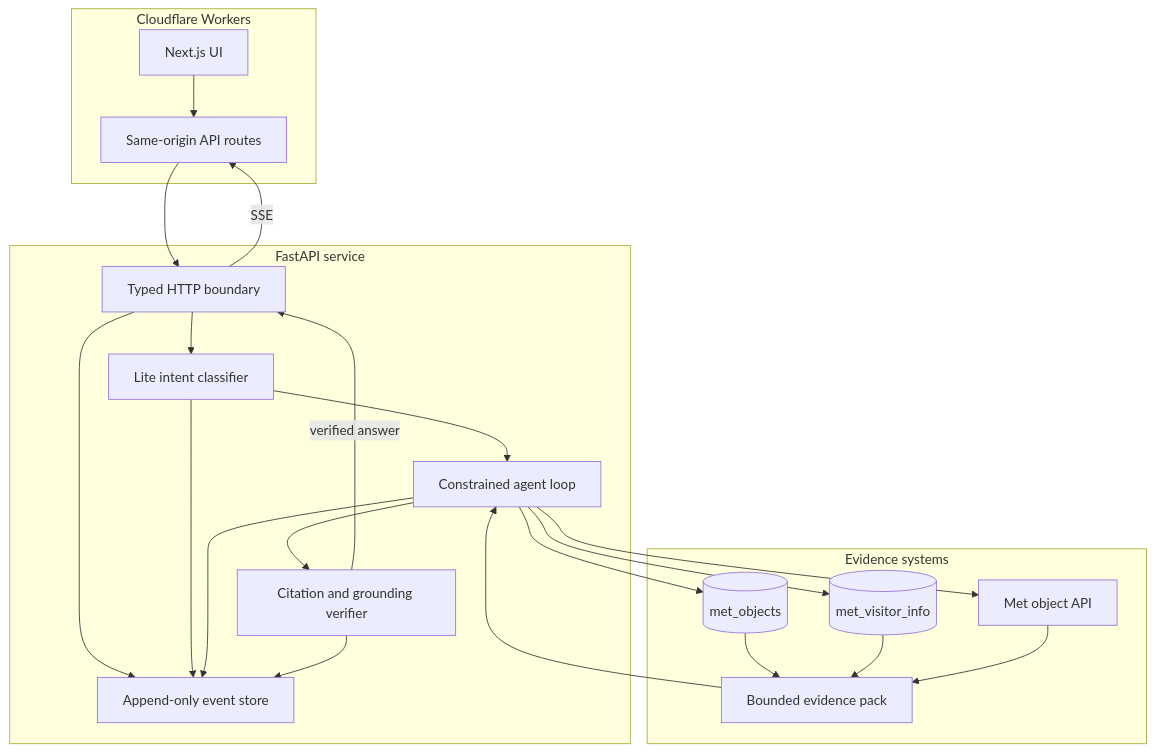
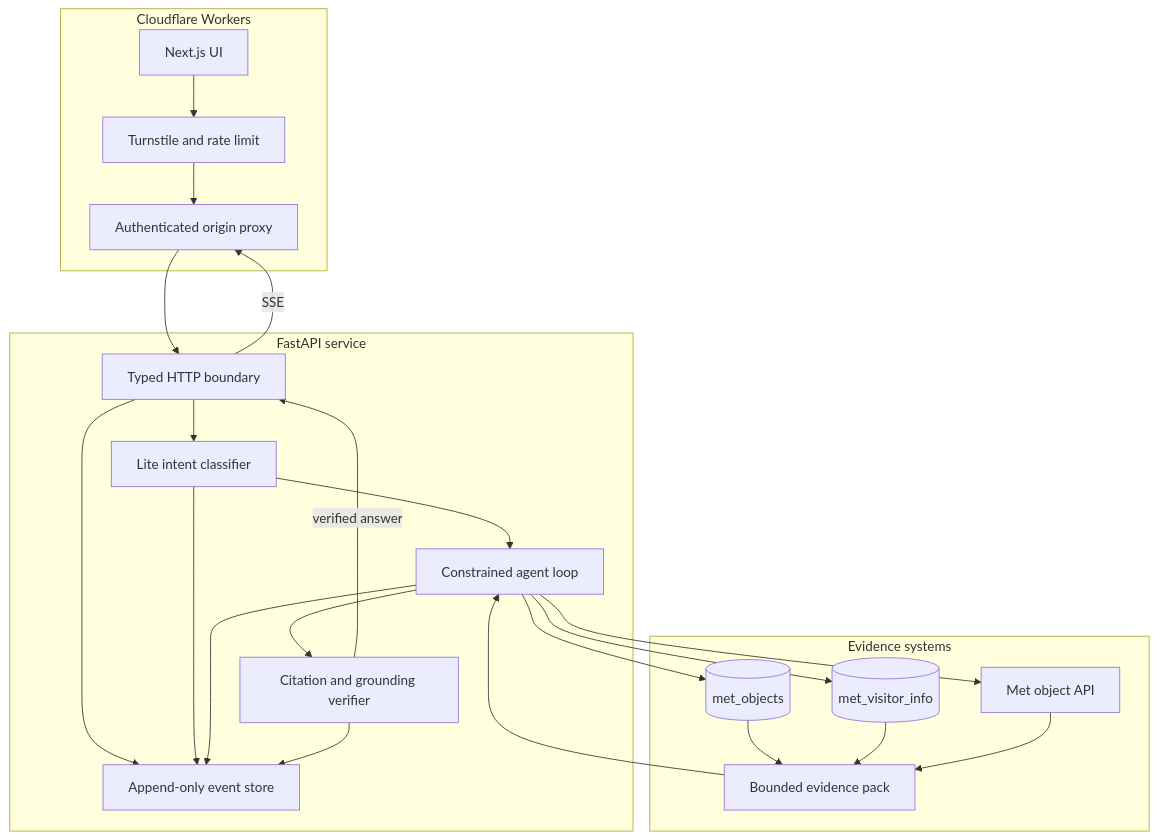
One commit to AjayKasu1/met-collection-agent changed the diagram in docs/architecture.md. Above: the diagram before and after it, drawn with Mermaid. The commit also changed other lines of this file and 5 other files, not shown here.

````diff
--- a/docs/architecture.md
+++ b/docs/architecture.md
@@ -7,38 +7,39 @@
 ```mermaid
 flowchart TB
     subgraph Edge[Cloudflare Workers]
         UI[Next.js UI]
-        Proxy[Same-origin API routes]
-        UI --> Proxy
+        Guard[Turnstile and rate limit]
+        Proxy[Authenticated origin proxy]
+        UI --> Guard --> Proxy
     end
 
     subgraph Service[FastAPI service]
         HTTP[Typed HTTP boundary]
         Intent[Lite intent classifier]
         Agent[Constrained agent loop]
         Verify[Citation and grounding verifier]
         Audit[Append-only event store]
         HTTP --> Intent --> Agent --> Verify
         HTTP --> Audit
         Intent --> Audit
         Agent --> Audit
         Verify --> Audit
     end
 
     subgraph Evidence[Evidence systems]
         Objects[(met_objects)]
         Visitors[(met_visitor_info)]
         Live[Met object API]
         Objects --> Pack[Bounded evidence pack]
         Visitors --> Pack
         Live --> Pack
     end
 
     Proxy --> HTTP
     Agent --> Objects
     Agent --> Visitors
     Agent --> Live
     Pack --> Agent
     Verify -->|verified answer| HTTP
     HTTP -->|SSE| Proxy
 ```
````
